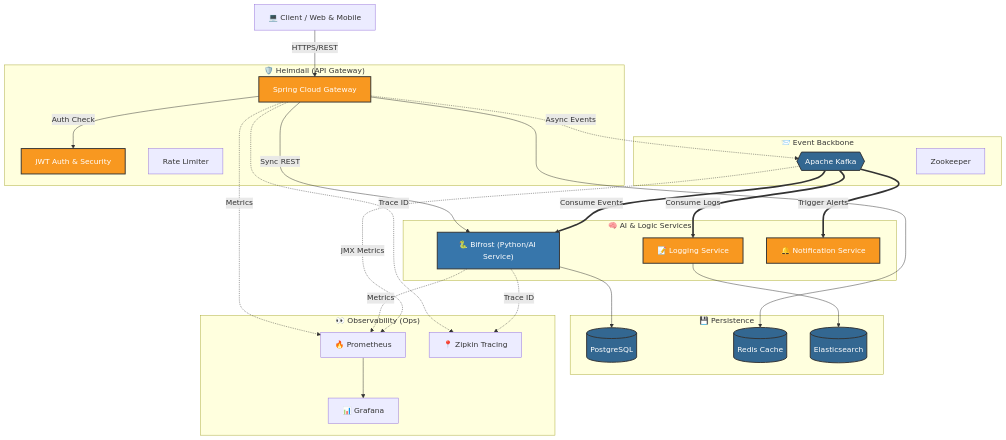
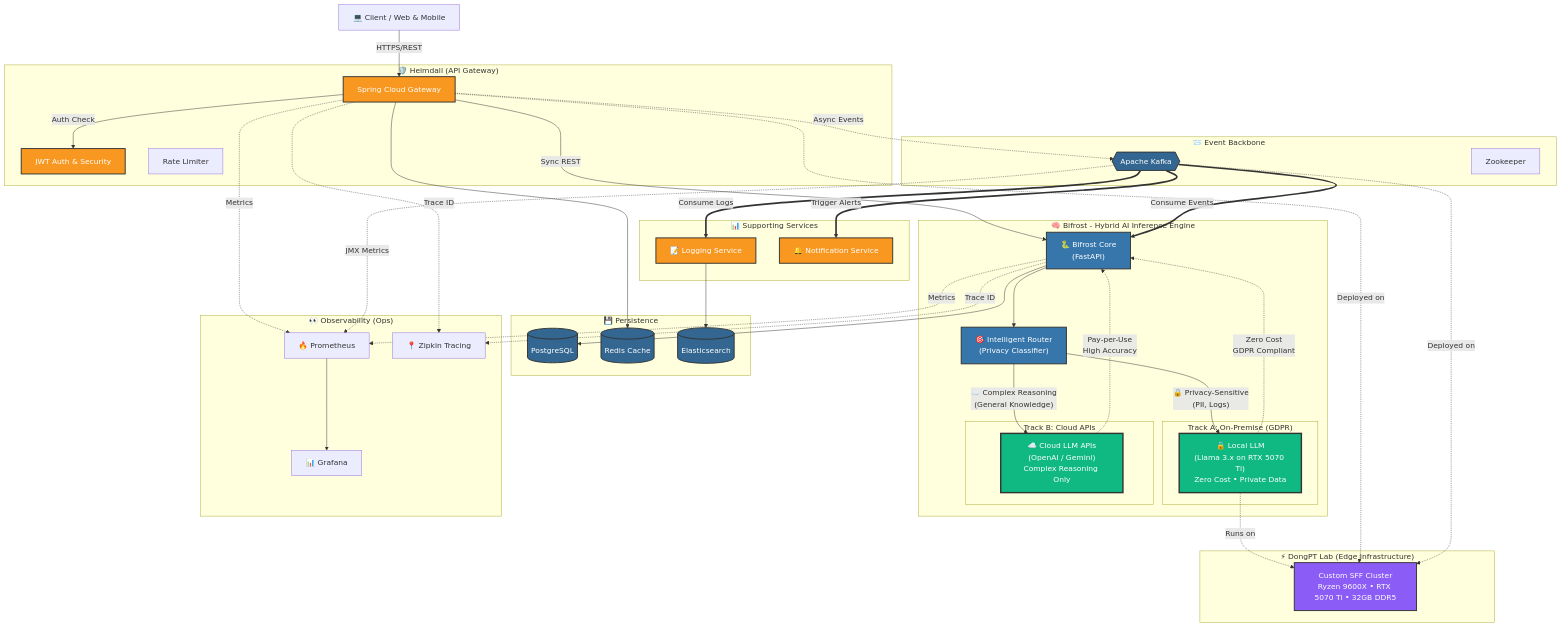
One commit to joeylife94/asgard changed the diagram in README.md. Above: the diagram before and after it, drawn with Mermaid. The commit also changed other lines of this file, not shown here.

````diff
--- a/README.md
+++ b/README.md
@@ -52,9 +58,21 @@
         Zookeeper["Zookeeper"]
     end
 
-    %% Service Layer
-    subgraph "🧠 AI & Logic Services"
-        Bifrost["🐍 Bifrost (Python/AI Service)"]
+    %% Service Layer with Hybrid AI
+    subgraph "🧠 Bifrost - Hybrid AI Inference Engine"
+        BifrostCore["🐍 Bifrost Core<br/>(FastAPI)"]
+        Router["🎯 Intelligent Router<br/>(Privacy Classifier)"]
+        
+        subgraph "Track A: On-Premise (GDPR)"
+            LocalLLM["🔒 Local LLM<br/>(Llama 3.x on RTX 5070 Ti)<br/>Zero Cost • Private Data"]
+        end
+        
+        subgraph "Track B: Cloud APIs"
+            CloudAPI["☁️ Cloud LLM APIs<br/>(OpenAI / Gemini)<br/>Complex Reasoning Only"]
+        end
+    end
+    
+    subgraph "📊 Supporting Services"
         LogService["📝 Logging Service"]
         NotiService["🔔 Notification Service"]
     end
@@ -72,38 +90,60 @@
         Grafana["📊 Grafana"]
         Zipkin["📍 Zipkin Tracing"]
     end
+    
+    %% Infrastructure Layer
+    subgraph "⚡ DongPT Lab (Edge Infrastructure)"
+        EdgeInfra["Custom SFF Cluster<br/>Ryzen 9600X • RTX 5070 Ti • 32GB DDR5"]
+    end
 
     %% Connections
     Client -->|HTTPS/REST| Gateway
     Gateway -->|Auth Check| Auth
-    Gateway -->|Sync REST| Bifrost
+    Gateway -->|Sync REST| BifrostCore
     Gateway -.->|Async Events| Kafka
 
+    %% Bifrost AI Routing
+    BifrostCore --> Router
+    Router -->|"🔒 Privacy-Sensitive<br/>(PII, Logs)"| LocalLLM
+    Router -->|"☁️ Complex Reasoning<br/>(General Knowledge)"| CloudAPI
+    
+    LocalLLM -.->|"Zero Cost<br/>GDPR Compliant"| BifrostCore
+    CloudAPI -.->|"Pay-per-Use<br/>High Accuracy"| BifrostCore
+
     %% Kafka Flows
-    Kafka ==>|Consume Events| Bifrost
+    Kafka ==>|Consume Events| BifrostCore
     Kafka ==>|Consume Logs| LogService
     Kafka ==>|Trigger Alerts| NotiService
 
     %% Data Connections
-    Bifrost --> Postgres
+    BifrostCore --> Postgres
     Gateway --> Redis
     LogService --> Elastic
 
     %% Monitoring Connections
     Gateway -.->|Metrics| Prometheus
-    Bifrost -.->|Metrics| Prometheus
+    BifrostCore -.->|Metrics| Prometheus
     Kafka -.->|JMX Metrics| Prometheus
     Prometheus --> Grafana
     Gateway -.->|Trace ID| Zipkin
-    Bifrost -.->|Trace ID| Zipkin
+    BifrostCore -.->|Trace ID| Zipkin
+    
+    %% Infrastructure
+    LocalLLM -.->|"Runs on"| EdgeInfra
+    Gateway -.->|"Deployed on"| EdgeInfra
+    Kafka -.->|"Deployed on"| EdgeInfra
 
     %% Styling
     classDef java fill:#f89820,stroke:#333,stroke-width:2px,color:white;
     classDef python fill:#3776ab,stroke:#333,stroke-width:2px,color:white;
+    classDef ai fill:#10b981,stroke:#333,stroke-width:3px,color:white;
     classDef infra fill:#e1e4e8,stroke:#333,stroke-width:1px;
     classDef db fill:#336791,stroke:#333,stroke-width:2px,color:white;
+    classDef edge fill:#8b5cf6,stroke:#333,stroke-width:2px,color:white;
     
     class Gateway,Auth,LogService,NotiService java;
-    class Bifrost python;
+    class BifrostCore,Router python;
+    class LocalLLM,CloudAPI ai;
     class Postgres,Redis,Elastic,Kafka db;
+    class EdgeInfra edge;
 ```
````
